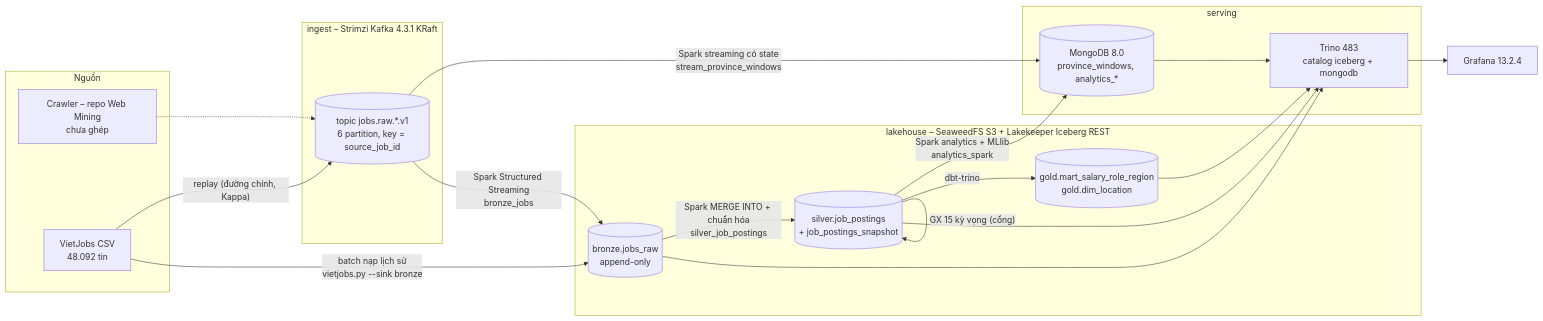
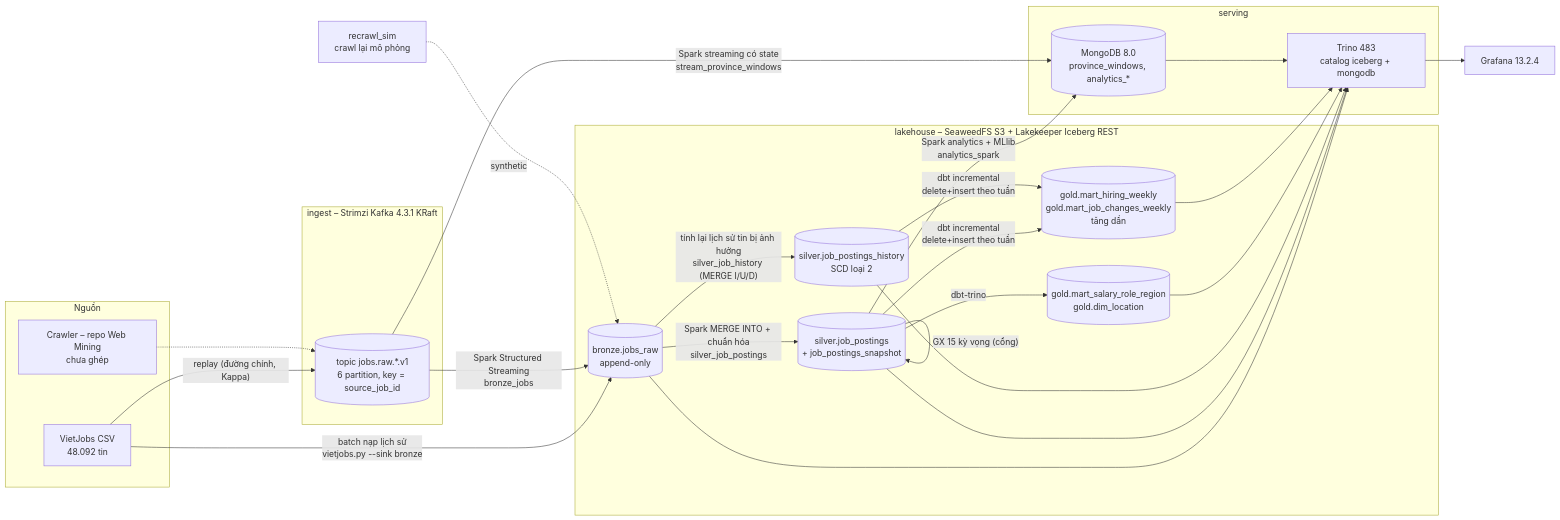
The first of 2 diagrams in docs/kien-truc.md (BD-WM-SA-D/Big-Data-Storage-and-Processing-Joblens), drawn with Mermaid before and after one commit. The commit also changed other lines of this file and 25 other files, not shown here.

First line of the commit message:
feat(transform): lịch sử tin SCD loại 2, gold tăng dần, bố cục vật lý Iceberg

````diff
--- a/docs/kien-truc.md
+++ b/docs/kien-truc.md
@@ -18,33 +18,38 @@
 ```mermaid
 flowchart LR
   subgraph SRC[Nguồn]
     VJ[VietJobs CSV<br/>48.092 tin]
     CR[Crawler – repo Web Mining<br/>chưa ghép]
   end
   subgraph ING[ingest – Strimzi Kafka 4.3.1 KRaft]
     K[(topic jobs.raw.*.v1<br/>6 partition, key = source_job_id)]
   end
   subgraph LH[lakehouse – SeaweedFS S3 + Lakekeeper Iceberg REST]
     B[(bronze.jobs_raw<br/>append-only)]
     S[(silver.job_postings<br/>+ job_postings_snapshot)]
+    H[(silver.job_postings_history<br/>SCD loại 2)]
     G[(gold.mart_salary_role_region<br/>gold.dim_location)]
+    GI[(gold.mart_hiring_weekly<br/>gold.mart_job_changes_weekly<br/>tăng dần)]
   end
   subgraph NS[serving]
     M[(MongoDB 8.0<br/>province_windows, analytics_*)]
     T[Trino 483<br/>catalog iceberg + mongodb]
   end
   GF[Grafana 13.2.4]
 
   VJ -- "replay (đường chính, Kappa)" --> K
   CR -.-> K
   VJ -- "batch nạp lịch sử<br/>vietjobs.py --sink bronze" --> B
   K -- "Spark Structured Streaming<br/>bronze_jobs" --> B
   K -- "Spark streaming có state<br/>stream_province_windows" --> M
   B -- "Spark MERGE INTO + chuẩn hóa<br/>silver_job_postings" --> S
+  B -- "tính lại lịch sử tin bị ảnh hưởng<br/>silver_job_history (MERGE I/U/D)" --> H
+  SIM[recrawl_sim<br/>crawl lại mô phỏng] -. "synthetic" .-> B
   S -- "GX 15 kỳ vọng (cổng)" --> S
   S -- "dbt-trino" --> G
+  S & H -- "dbt incremental<br/>delete+insert theo tuần" --> GI
   S -- "Spark analytics + MLlib<br/>analytics_spark" --> M
-  B & S & G --> T
+  B & S & H & G & GI --> T
   M --> T
   T --> GF
 ```
````
